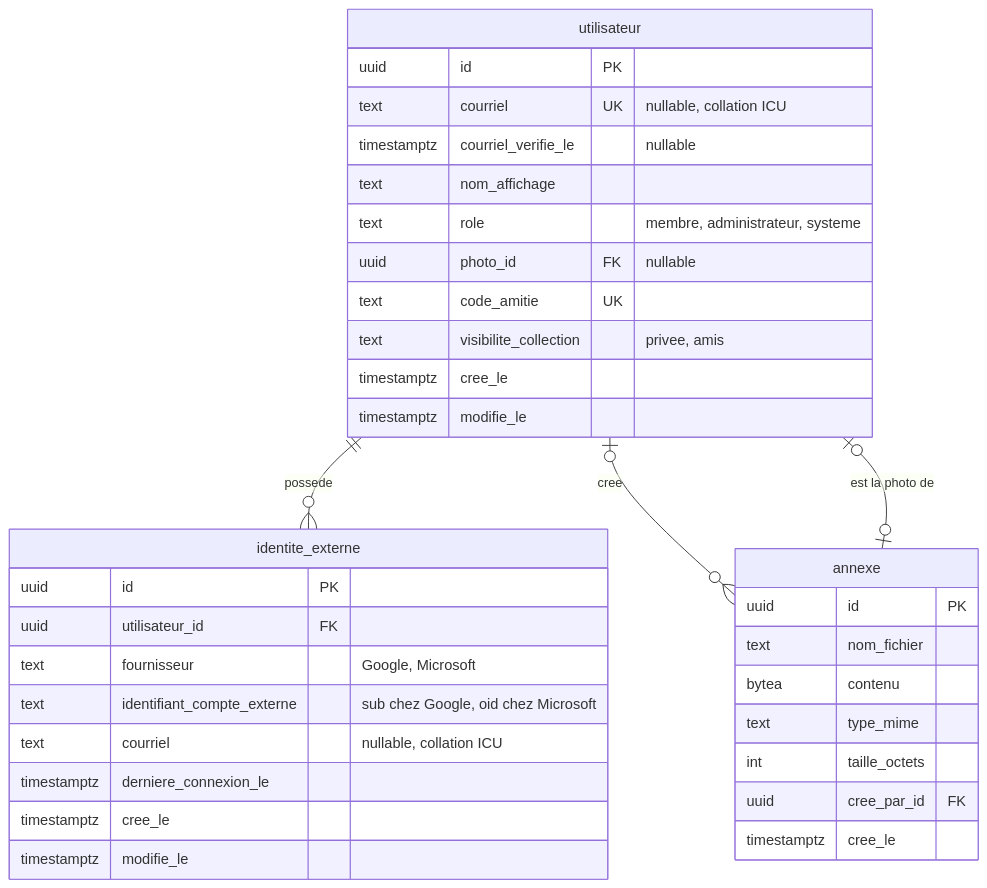
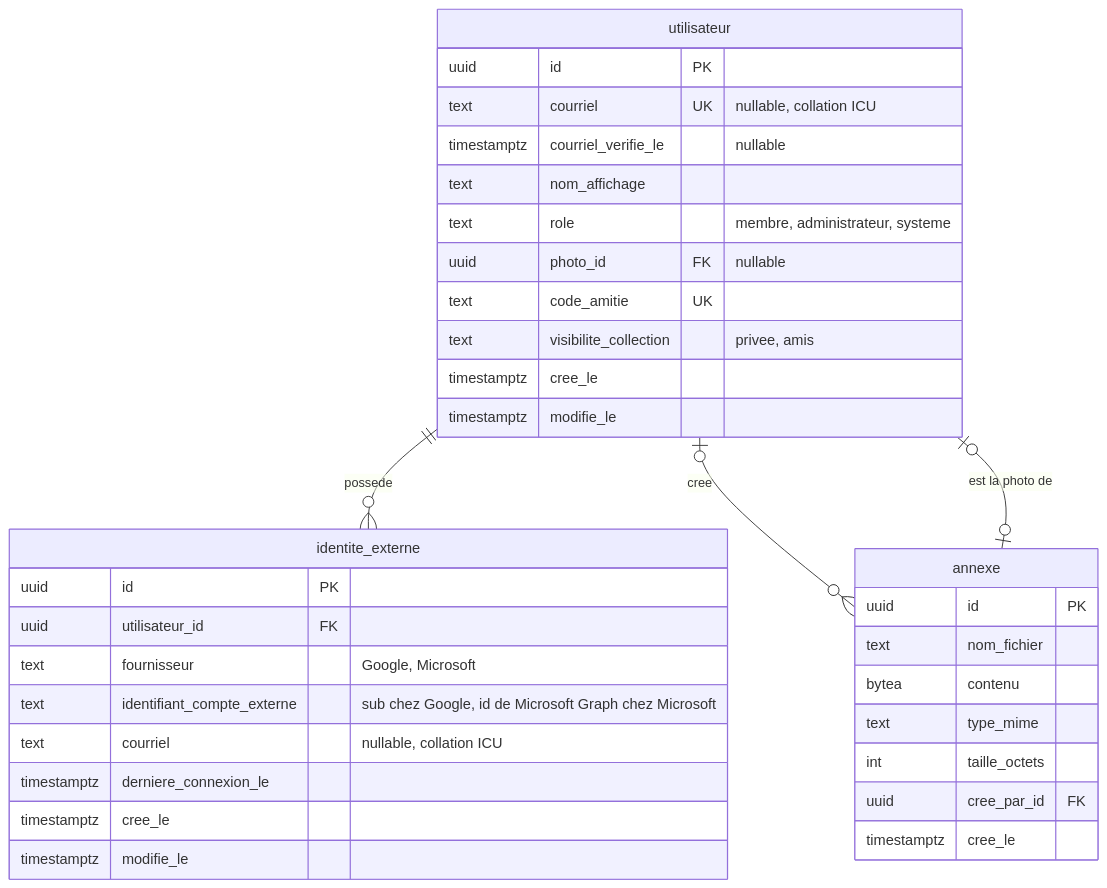
One commit to jeison-souza/MeepleZone changed the second of 5 diagrams in docs/schema/schema-donnees.md. Above: the diagram before and after it, drawn with Mermaid. The commit also changed other lines of this file and 1 other file, not shown here.

Commit message:
Corrige l'identifiant Microsoft dans l'ADR 0004 et le schéma de données
Le gestionnaire de connexion Microsoft fournit le id de Microsoft Graph comme identifiant de l'utilisateur, et non l'oid.

Refs #65

````diff
--- a/docs/schema/schema-donnees.md
+++ b/docs/schema/schema-donnees.md
@@ -78,40 +78,40 @@
 ```mermaid
 erDiagram
     utilisateur ||--o{ identite_externe : "possede"
     annexe |o--o| utilisateur : "est la photo de"
     utilisateur |o--o{ annexe : "cree"
 
     utilisateur {
         uuid id PK
         text courriel UK "nullable, collation ICU"
         timestamptz courriel_verifie_le "nullable"
         text nom_affichage
         text role "membre, administrateur, systeme"
         uuid photo_id FK "nullable"
         text code_amitie UK
         text visibilite_collection "privee, amis"
         timestamptz cree_le
         timestamptz modifie_le
     }
 
     identite_externe {
         uuid id PK
         uuid utilisateur_id FK
         text fournisseur "Google, Microsoft"
-        text identifiant_compte_externe "sub chez Google, oid chez Microsoft"
+        text identifiant_compte_externe "sub chez Google, id de Microsoft Graph chez Microsoft"
         text courriel "nullable, collation ICU"
         timestamptz derniere_connexion_le
         timestamptz cree_le
         timestamptz modifie_le
     }
 
     annexe {
         uuid id PK
         text nom_fichier
         bytea contenu
         text type_mime
         int taille_octets
         uuid cree_par_id FK
         timestamptz cree_le
     }
 ```
````
